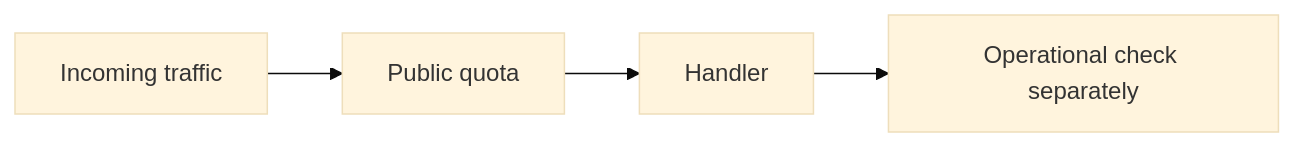
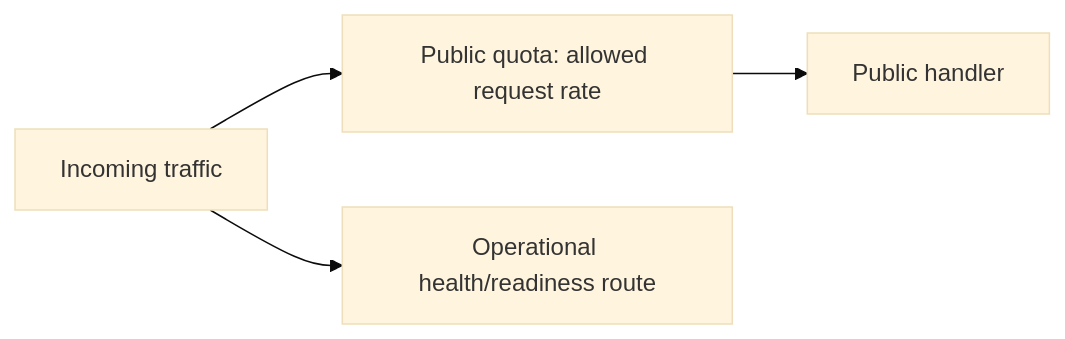
One commit to Prem-Tomar/payment-api changed the fourth of 7 diagrams in docs/curriculum/assignments/runtime-guards.md. Above: the diagram before and after it, drawn with Mermaid (base theme). The commit also changed other lines of this file and 14 other files, not shown here.

````diff
--- a/docs/curriculum/assignments/runtime-guards.md
+++ b/docs/curriculum/assignments/runtime-guards.md
@@ -13,10 +63,9 @@
 ```mermaid
 flowchart LR
   N0["Incoming traffic"]
-  N1["Public quota"]
-  N2["Handler"]
-  N3["Operational check separately"]
-  N0 --> N1
-  N1 --> N2
-  N2 --> N3
+  N1["Public quota: allowed request rate"]
+  N2["Public handler"]
+  N3["Operational health/readiness route"]
+  N0 --> N1 --> N2
+  N0 --> N3
 ```
````
